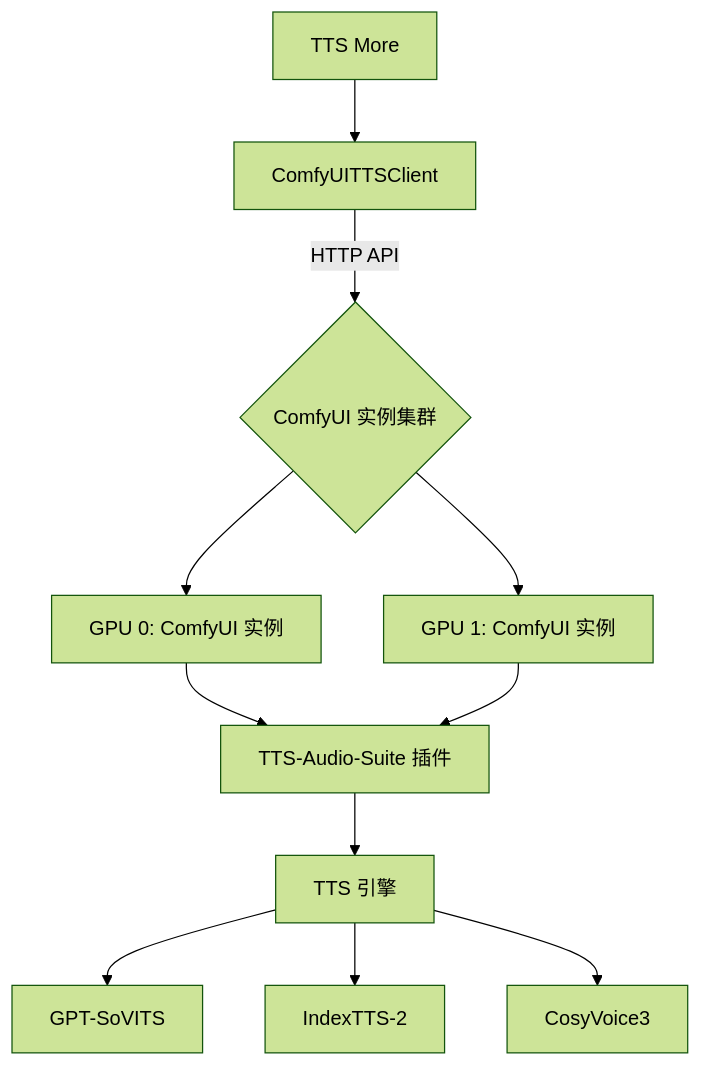
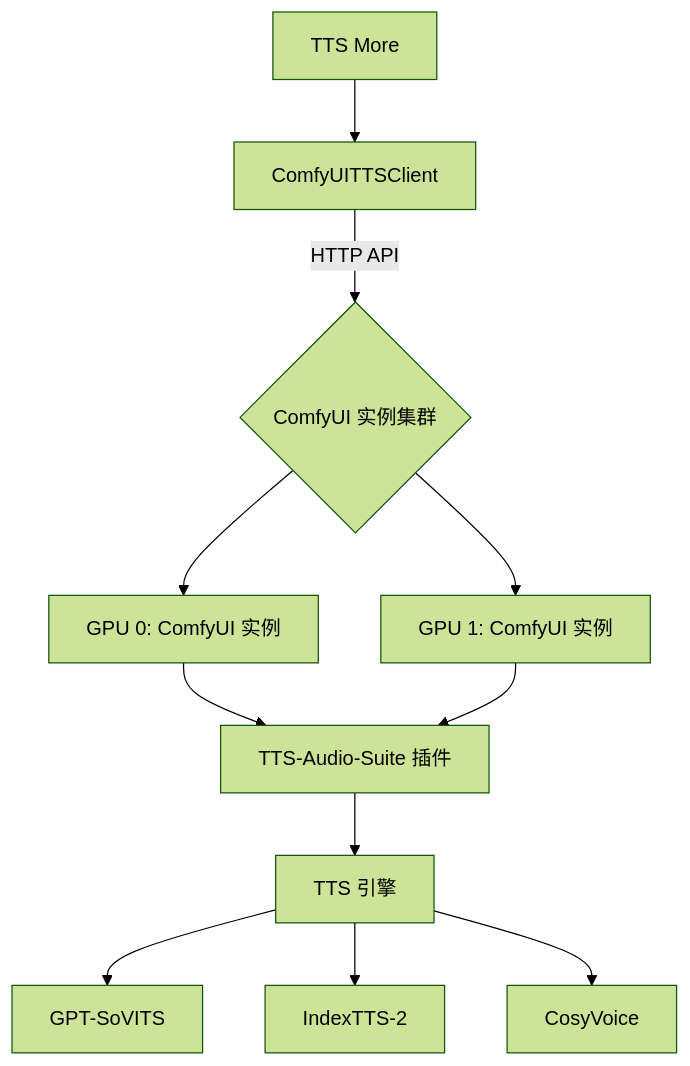
One commit to XucroYuri/TTS_more changed the first of 2 diagrams in docs/comfyui-integration.md. Above: the diagram before and after it, drawn with Mermaid (forest theme). The commit also changed other lines of this file and 6 other files, not shown here.

````diff
--- a/docs/comfyui-integration.md
+++ b/docs/comfyui-integration.md
@@ -9,13 +9,13 @@
 ```mermaid
 flowchart TD
     TM["TTS More"] --> Client["ComfyUITTSClient"]
     Client -- "HTTP API" --> Instances{ComfyUI 实例集群}
     Instances --> Node1["GPU 0: ComfyUI 实例"]
     Instances --> Node2["GPU 1: ComfyUI 实例"]
     Node1 --> Plugin["TTS-Audio-Suite 插件"]
     Node2 --> Plugin
     Plugin --> Engines["TTS 引擎"]
     Engines --> GS["GPT-SoVITS"]
     Engines --> IT["IndexTTS-2"]
-    Engines --> CV["CosyVoice3"]
+    Engines --> CV["CosyVoice"]
 ```
````
